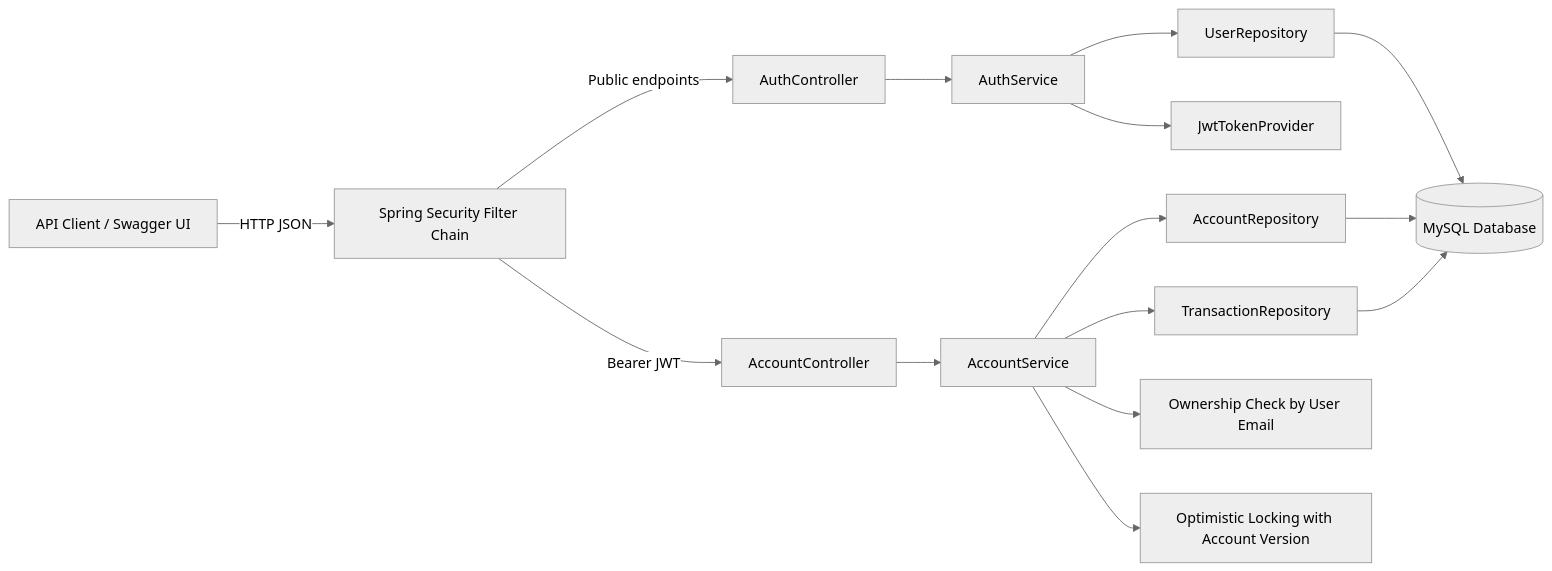
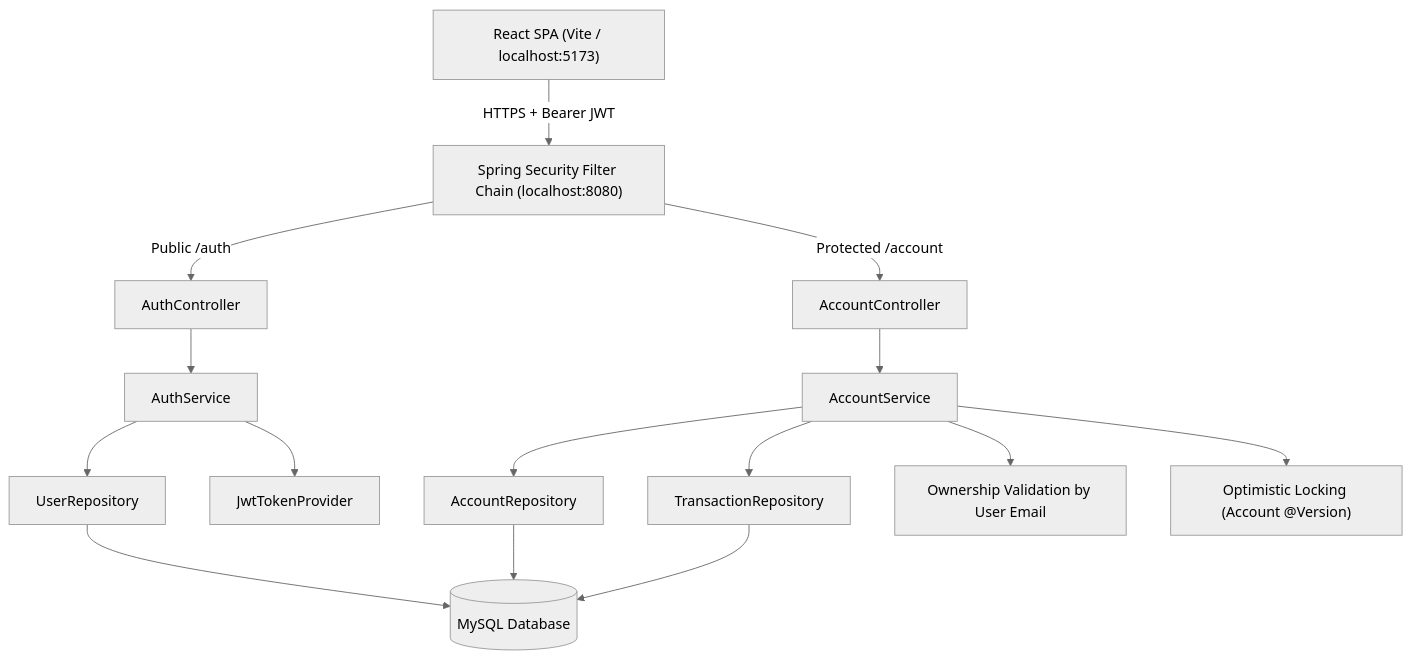
Before and after one commit to rajkumar2504/Online-Banking-System: the diagram in README.md, drawn with Mermaid (neutral theme). The commit also changed other lines of this file and 77 other files, not shown here.

````diff
--- a/README.md
+++ b/README.md
@@ -7,21 +19,21 @@
 ```mermaid
-flowchart LR
-    Client["API Client / Swagger UI"] -->|HTTP JSON| Security["Spring Security Filter Chain"]
-    Security -->|Public endpoints| AuthController["AuthController"]
-    Security -->|Bearer JWT| AccountController["AccountController"]
+flowchart TD
+    Client["React SPA (Vite / localhost:5173)"] -->|HTTPS + Bearer JWT| Security["Spring Security Filter Chain (localhost:8080)"]
+    Security -->|Public /auth| AuthController["AuthController"]
+    Security -->|Protected /account| AccountController["AccountController"]
 
     AuthController --> AuthService["AuthService"]
     AccountController --> AccountService["AccountService"]
 
     AuthService --> UserRepository["UserRepository"]
     AuthService --> JwtProvider["JwtTokenProvider"]
 
     AccountService --> AccountRepository["AccountRepository"]
     AccountService --> TransactionRepository["TransactionRepository"]
-    AccountService --> Ownership["Ownership Check by User Email"]
-    AccountService --> Locking["Optimistic Locking with Account Version"]
+    AccountService --> Ownership["Ownership Validation by User Email"]
+    AccountService --> Locking["Optimistic Locking (Account @Version)"]
 
     UserRepository --> Database[("MySQL Database")]
     AccountRepository --> Database
     TransactionRepository --> Database
 ```
````
